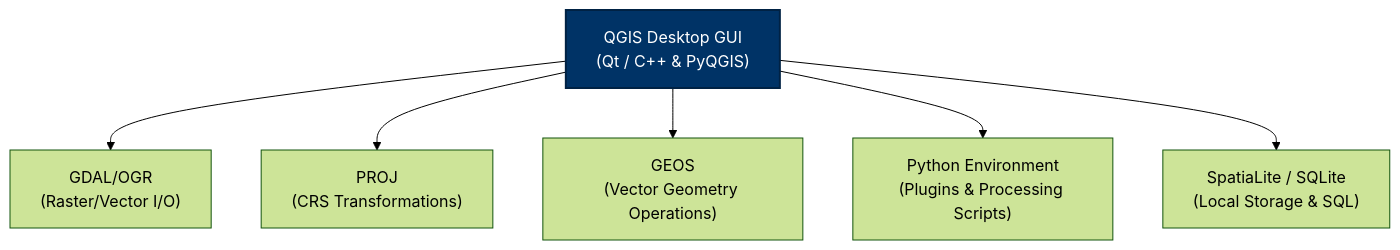
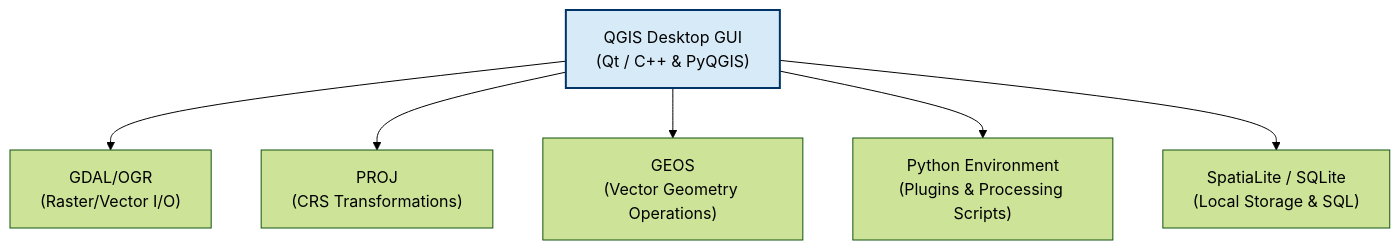
Before and after one commit to Rotten-Grapes-Pvt-Ltd/QGIS-WECS: the diagram in docs/day3/01_intro_qgis.md, drawn with Mermaid (forest theme). The commit also changed 4 other files, not shown here.

Commit message:
docs: correct mermaid diagram box styles to use light fill backgrounds for text readability

````diff
--- a/docs/day3/01_intro_qgis.md
+++ b/docs/day3/01_intro_qgis.md
@@ -59,10 +59,10 @@
 ```mermaid
 graph TD
     GUI["QGIS Desktop GUI<br/>(Qt / C++ & PyQGIS)"] --> GDAL["GDAL/OGR<br/>(Raster/Vector I/O)"]
     GUI --> PROJ["PROJ<br/>(CRS Transformations)"]
     GUI --> GEOS["GEOS<br/>(Vector Geometry Operations)"]
     GUI --> PyQGIS["Python Environment<br/>(Plugins & Processing Scripts)"]
     GUI --> SpatiaLite["SpatiaLite / SQLite<br/>(Local Storage & SQL)"]
     
-    style GUI fill:#003366,color:#fff,stroke:#002244,stroke-width:2px
+    style GUI fill:#d6eaf8,stroke:#003366,stroke-width:2px
 ```
````
